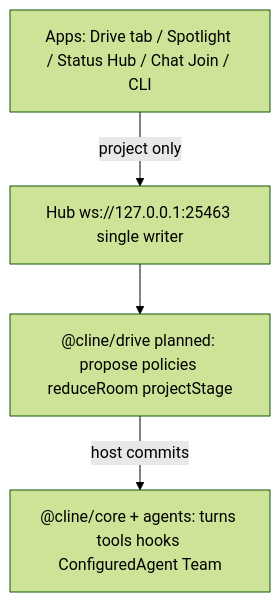
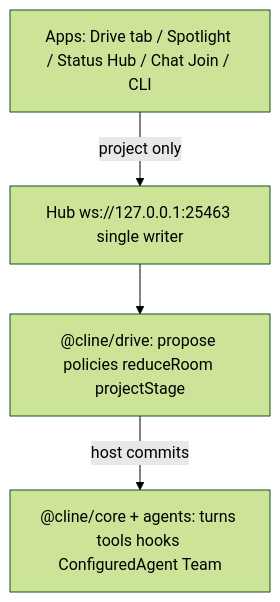
The diagram in docs/drivecode/native-vs-drivecode.md (hhalperin/cline-drivecode), drawn with Mermaid (forest theme) before and after one commit. The commit also changed other lines of this file, not shown here.

Commit message:
docs(drive): remove worktree-only links from native-vs-drivecode

````diff
--- a/docs/drivecode/native-vs-drivecode.md
+++ b/docs/drivecode/native-vs-drivecode.md
@@ -13,11 +13,11 @@
 ```mermaid
 flowchart TB
   apps["Apps: Drive tab / Spotlight / Status Hub / Chat Join / CLI"]
   hub["Hub ws://127.0.0.1:25463 single writer"]
-  drive["@cline/drive planned: propose policies reduceRoom projectStage"]
+  drive["@cline/drive: propose policies reduceRoom projectStage"]
   core["@cline/core + agents: turns tools hooks ConfiguredAgent Team"]
 
   apps -->|"project only"| hub
   hub --> drive
   drive -->|"host commits"| core
 ```
````
